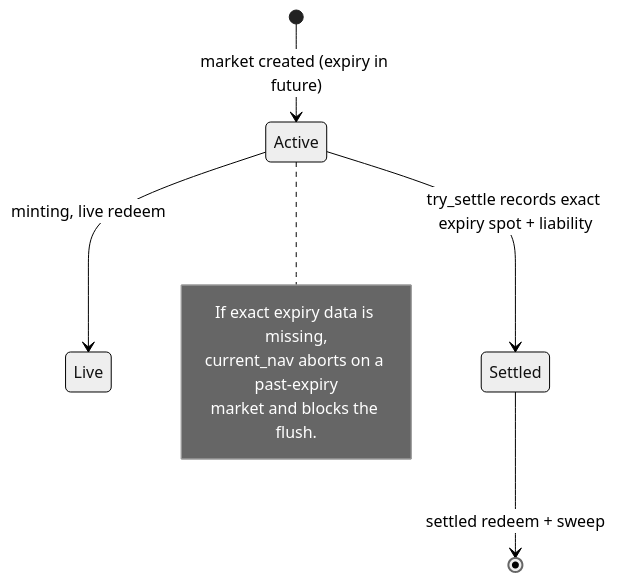
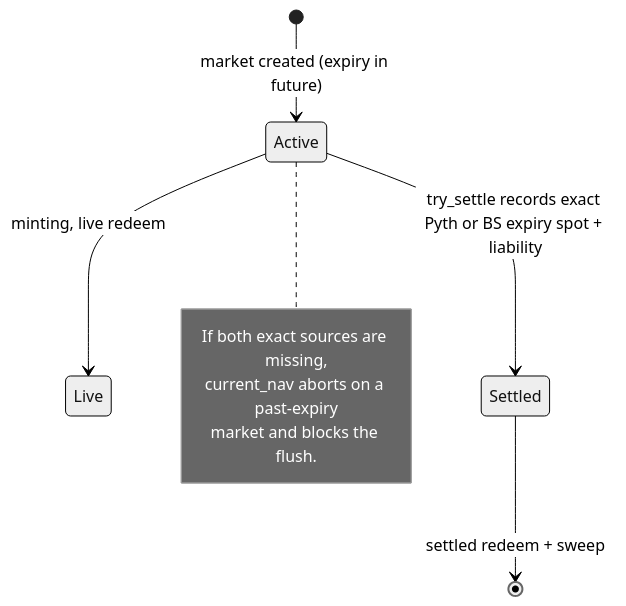
The diagram in packages/predict/docs/risks.md (MystenLabs/deepbookv3), drawn with Mermaid (neutral theme) before and after one commit. The commit also changed other lines of this file and 22 other files, not shown here.

````diff
--- a/packages/predict/docs/risks.md
+++ b/packages/predict/docs/risks.md
@@ -59,12 +60,12 @@
 ```mermaid
 stateDiagram-v2
     [*] --> Active: market created (expiry in future)
     Active --> Live: minting, live redeem
-    Active --> Settled: try_settle records exact expiry spot + liability
+    Active --> Settled: try_settle records exact Pyth or BS expiry spot + liability
     Settled --> [*]: settled redeem + sweep
     note right of Active
-      If exact expiry data is missing,
+      If both exact sources are missing,
       current_nav aborts on a past-expiry
       market and blocks the flush.
     end note
 ```
````
